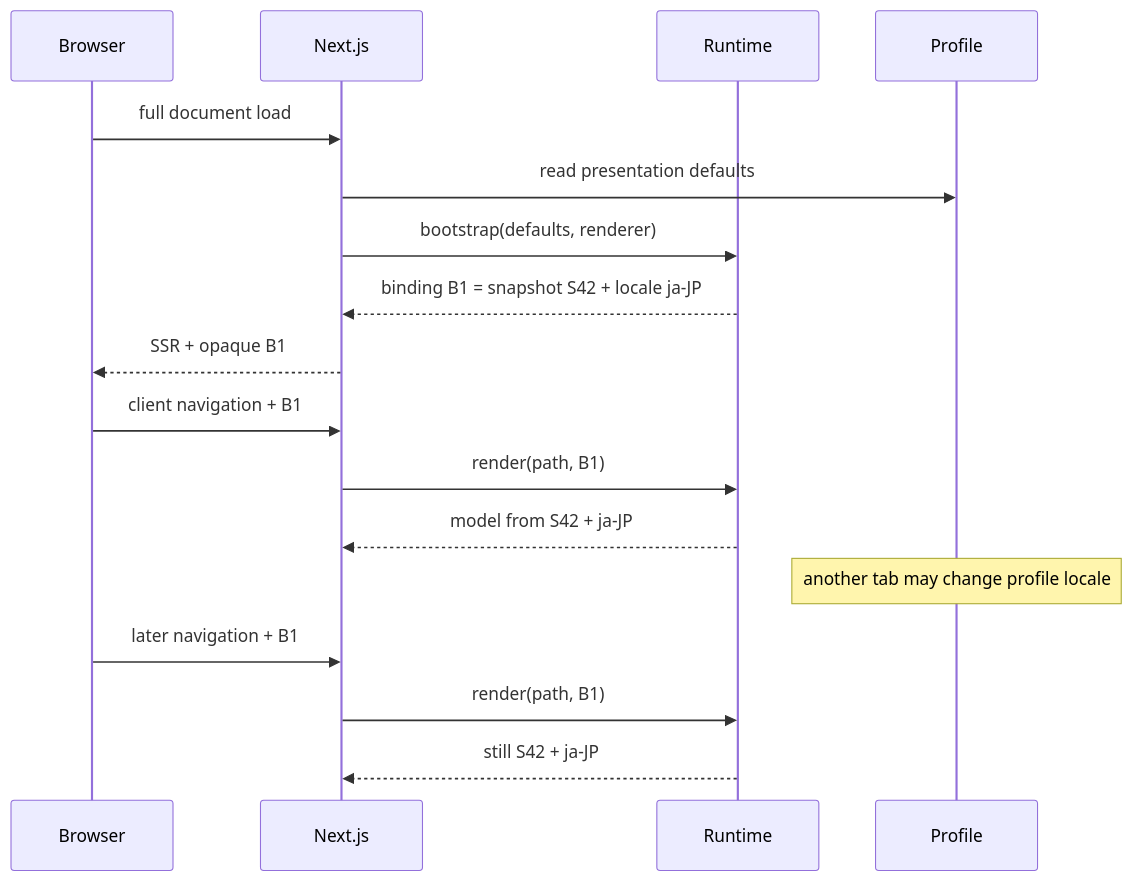
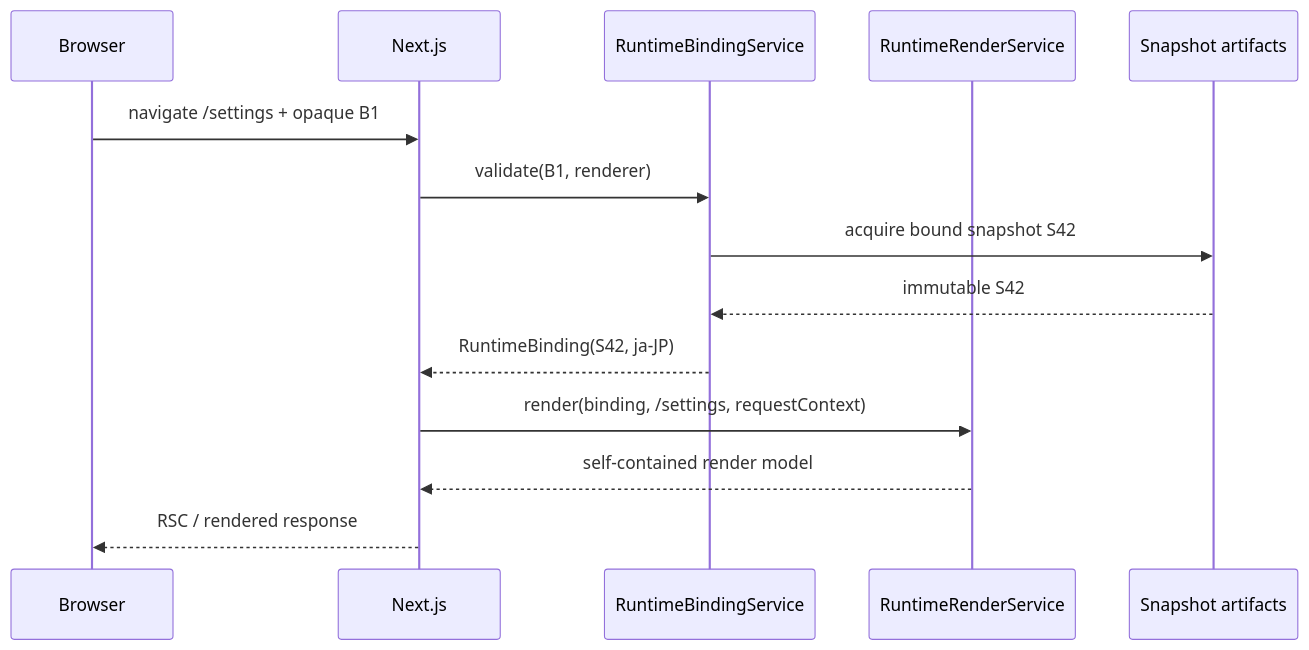
Before and after one commit to taskmigo/docs: the third of 10 diagrams in content/versions/v0/developer/resource-runtime.mdx, drawn with Mermaid. The commit also changed other lines of this file, not shown here.

Commit message:
docs: visualize runtime binding implementation

````diff
--- a/content/versions/v0/developer/resource-runtime.mdx
+++ b/content/versions/v0/developer/resource-runtime.mdx
@@ -116,23 +180,17 @@
 ```mermaid
 sequenceDiagram
   participant Browser
   participant Next as Next.js
-  participant Runtime
-  participant Profile
+  participant Binding as RuntimeBindingService
+  participant Render as RuntimeRenderService
+  participant Snapshot as Snapshot artifacts
 
-  Browser->>Next: full document load
-  Next->>Profile: read presentation defaults
-  Next->>Runtime: bootstrap(defaults, renderer)
-  Runtime-->>Next: binding B1 = snapshot S42 + locale ja-JP
-  Next-->>Browser: SSR + opaque B1
-
-  Browser->>Next: client navigation + B1
-  Next->>Runtime: render(path, B1)
-  Runtime-->>Next: model from S42 + ja-JP
-
-  Note over Profile: another tab may change profile locale
-
-  Browser->>Next: later navigation + B1
-  Next->>Runtime: render(path, B1)
-  Runtime-->>Next: still S42 + ja-JP
+  Browser->>Next: navigate /settings + opaque B1
+  Next->>Binding: validate(B1, renderer)
+  Binding->>Snapshot: acquire bound snapshot S42
+  Snapshot-->>Binding: immutable S42
+  Binding-->>Next: RuntimeBinding(S42, ja-JP)
+  Next->>Render: render(binding, /settings, requestContext)
+  Render-->>Next: self-contained render model
+  Next-->>Browser: RSC / rendered response
 ```
````
